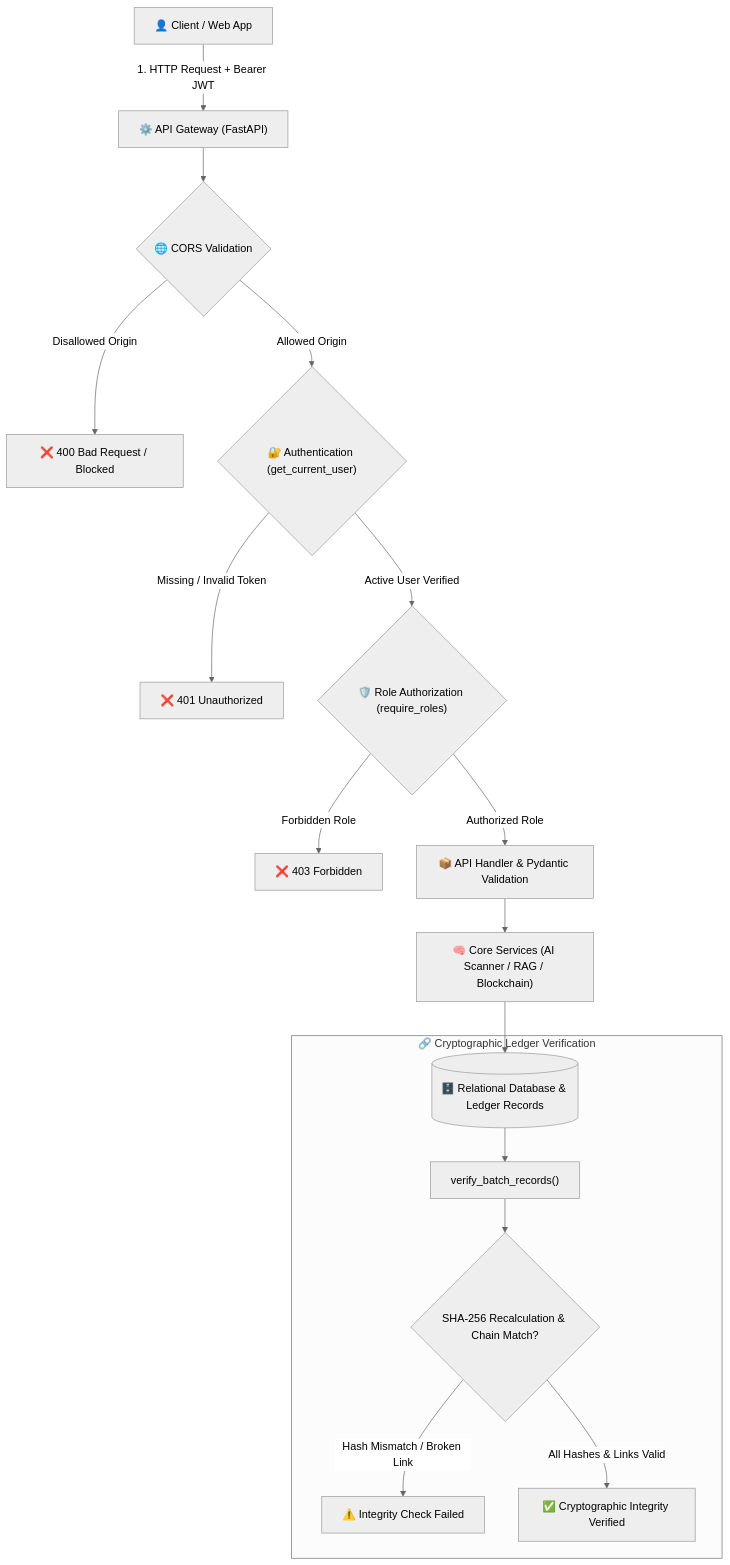
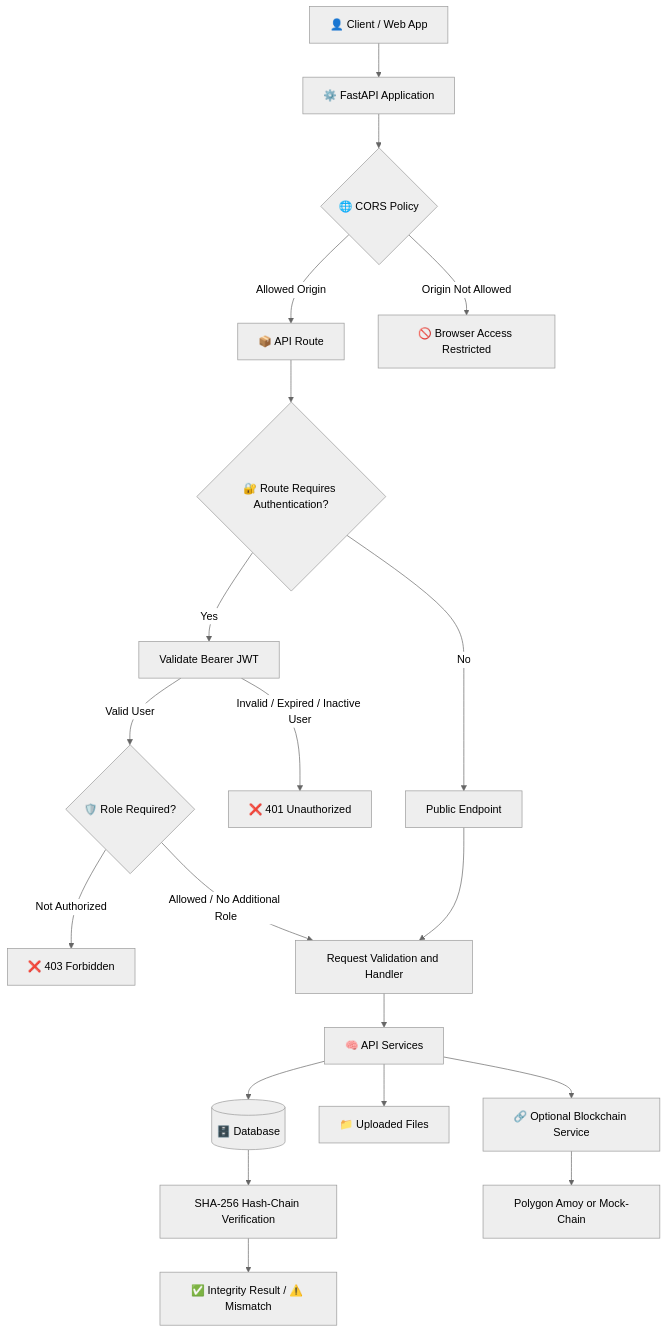
The diagram in docs/SECURITY.md (varunurugonda253-aiml/Farm2Ayur), drawn with Mermaid (neutral theme) before and after one commit. The commit also changed other lines of this file, not shown here.

````diff
--- a/docs/SECURITY.md
+++ b/docs/SECURITY.md
@@ -37,24 +41,26 @@
 ```mermaid
 flowchart TD
-    Client["👤 Client / Web App"] -->|1. HTTP Request + Bearer JWT| Gateway["⚙️ API Gateway (FastAPI)"]
+    Client["👤 Client / Web App"] --> Gateway["⚙️ FastAPI Application"]
+    Gateway --> CORS{"🌐 CORS Policy"}
+    CORS -->|Allowed Origin| Route["📦 API Route"]
+    CORS -->|Origin Not Allowed| Block["🚫 Browser Access Restricted"]
     
-    Gateway --> CORS{"🌐 CORS Validation"}
-    CORS -->|Disallowed Origin| Err400["❌ 400 Bad Request / Blocked"]
-    CORS -->|Allowed Origin| AuthDep{"🔐 Authentication (get_current_user)"}
+    Route --> Auth{"🔐 Route Requires Authentication?"}
+    Auth -->|Yes| JWT["Validate Bearer JWT"]
+    Auth -->|No| Public["Public Endpoint"]
     
-    AuthDep -->|Missing / Invalid Token| Err401["❌ 401 Unauthorized"]
-    AuthDep -->|Active User Verified| RoleDep{"🛡️ Role Authorization (require_roles)"}
+    JWT -->|Invalid / Expired / Inactive User| Err401["❌ 401 Unauthorized"]
+    JWT -->|Valid User| Role{"🛡️ Role Required?"}
+    Role -->|Not Authorized| Err403["❌ 403 Forbidden"]
+    Role -->|Allowed / No Additional Role| Handler["Request Validation and Handler"]
+    Public --> Handler
     
-    RoleDep -->|Forbidden Role| Err403["❌ 403 Forbidden"]
-    RoleDep -->|Authorized Role| Router["📦 API Handler & Pydantic Validation"]
+    Handler --> Service["🧠 API Services"]
+    Service --> DB[(🗄️ Database)]
+    Service --> Uploads["📁 Uploaded Files"]
+    Service --> Chain["🔗 Optional Blockchain Service"]
     
-    Router --> Services["🧠 Core Services (AI Scanner / RAG / Blockchain)"]
-    Services --> DB[(🗄️ Relational Database & Ledger Records)]
-    
-    subgraph IntegrityCheck ["🔗 Cryptographic Ledger Verification"]
-        DB --> VerifyService["verify_batch_records()"]
-        VerifyService --> HashCheck{"SHA-256 Recalculation & Chain Match?"}
-        HashCheck -->|Hash Mismatch / Broken Link| Invalid["⚠️ Integrity Check Failed"]
-        HashCheck -->|All Hashes & Links Valid| Valid["✅ Cryptographic Integrity Verified"]
-    end
+    DB --> Integrity["SHA-256 Hash-Chain Verification"]
+    Integrity --> Result["✅ Integrity Result / ⚠️ Mismatch"]
+    Chain --> Network["Polygon Amoy or Mock-Chain"]
 ```
````
